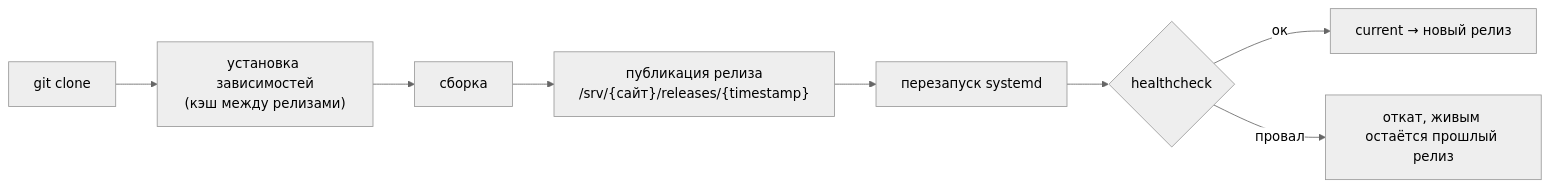
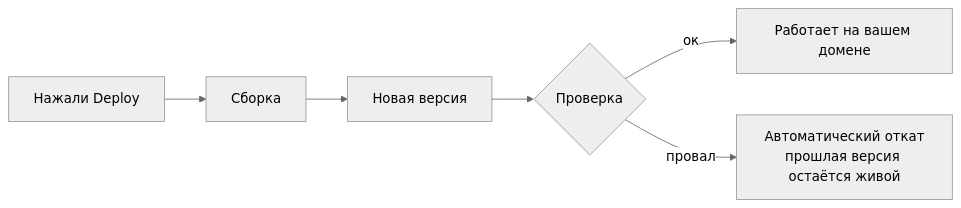
The second of 2 diagrams in README.ru.md (ARTFROST1/FreimDeploy), drawn with Mermaid (neutral theme) before and after one commit. The commit also changed other lines of this file and 5 other files, not shown here.

````diff
--- a/README.ru.md
+++ b/README.ru.md
@@ -188,10 +199,6 @@
 ```mermaid
 flowchart LR
-    A["git clone"] --> B["установка зависимостей<br/>(кэш между релизами)"]
-    B --> C["сборка"]
-    C --> D["публикация релиза<br/>/srv/{сайт}/releases/{timestamp}"]
-    D --> E["перезапуск systemd"]
-    E --> F{"healthcheck"}
-    F -->|ок| G["current → новый релиз"]
-    F -->|провал| H["откат, живым остаётся прошлый релиз"]
+    A["Нажали Deploy"] --> B["Сборка"] --> C["Новая версия"] --> D{"Проверка"}
+    D -->|ок| E["Работает на вашем домене"]
+    D -->|провал| F["Автоматический откат<br/>прошлая версия остаётся живой"]
 ```
````
